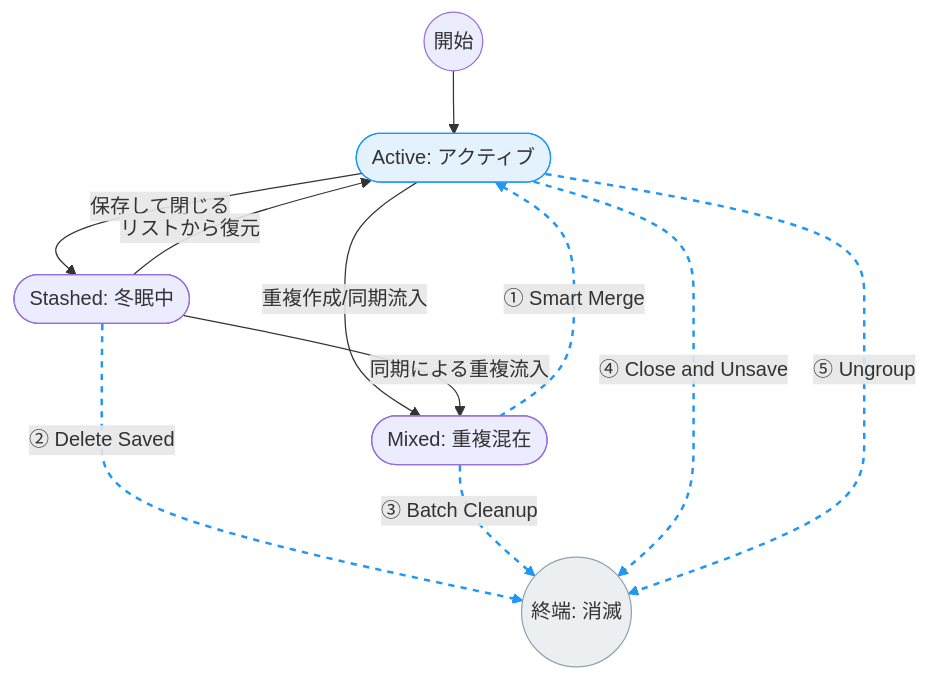
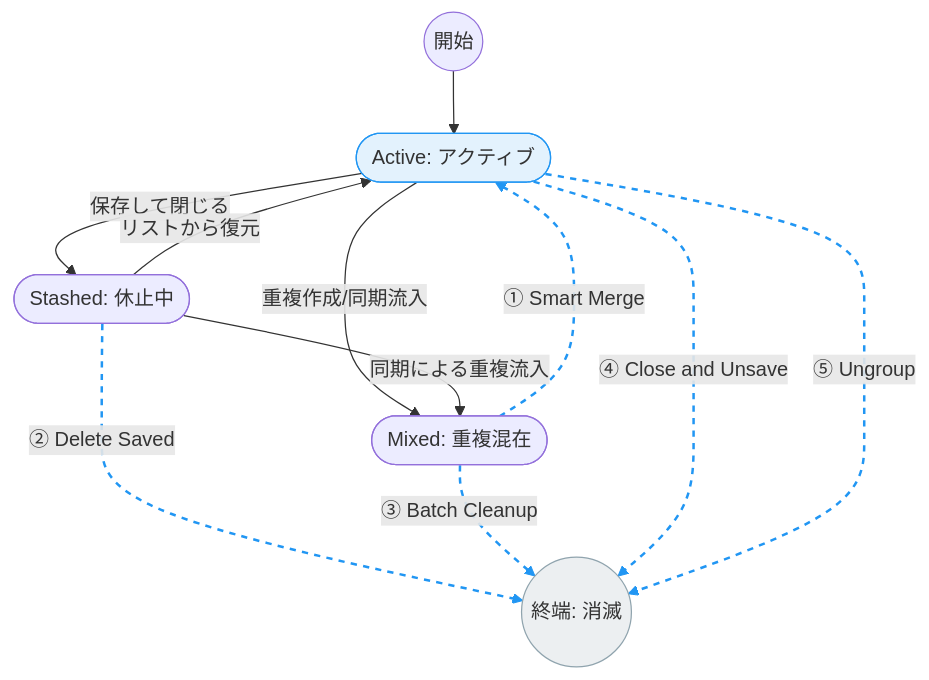
The diagram in docs/functional_spec.md (masanori-satake/TidyGroup-Solo), drawn with Mermaid before and after one commit. The commit also changed other lines of this file and 3 other files, not shown here.

````diff
--- a/docs/functional_spec.md
+++ b/docs/functional_spec.md
@@ -33,27 +33,27 @@
 ```mermaid
 graph TD
     %% 状態の定義
     Active([Active: アクティブ])
-    Stashed([Stashed: 冬眠中])
+    Stashed([Stashed: 休止中])
     Mixed([Mixed: 重複混在])
     End((終端: 消滅))
 
     %% ユーザーの日常操作（実線）
     Start((開始)) --> Active
     Active -->|保存して閉じる| Stashed
     Stashed -->|リストから復元| Active
     Active -->|重複作成/同期流入| Mixed
     Stashed -->|同期による重複流入| Mixed
 
     %% TidyGroup-Soloのアシスト（青・点線）
     Mixed -.->|① Smart Merge| Active
     Stashed -.->|② Delete Saved| End
     Mixed -.->|③ Batch Cleanup| End
     Active -.->|④ Close and Unsave| End
     Active -.->|⑤ Ungroup| End
 
     %% スタイル
     linkStyle 5,6,7,8,9 stroke:#2196F3,stroke-width:2px,stroke-dasharray: 5 5
     style Active fill:#e3f2fd,stroke:#2196F3
     style End fill:#eceff1,stroke:#90a4ae
 ```
````
